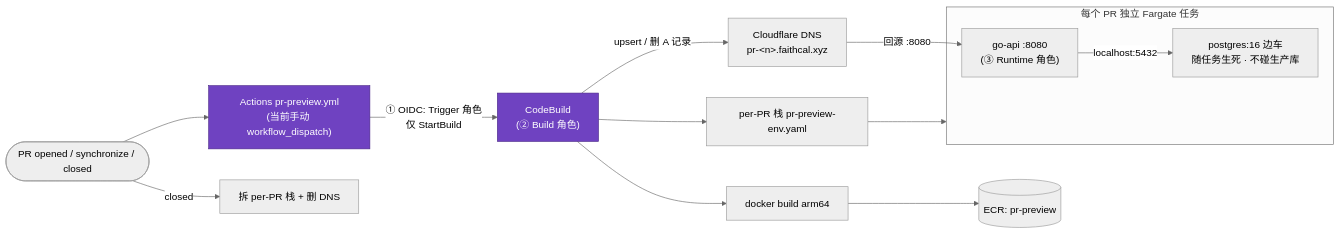
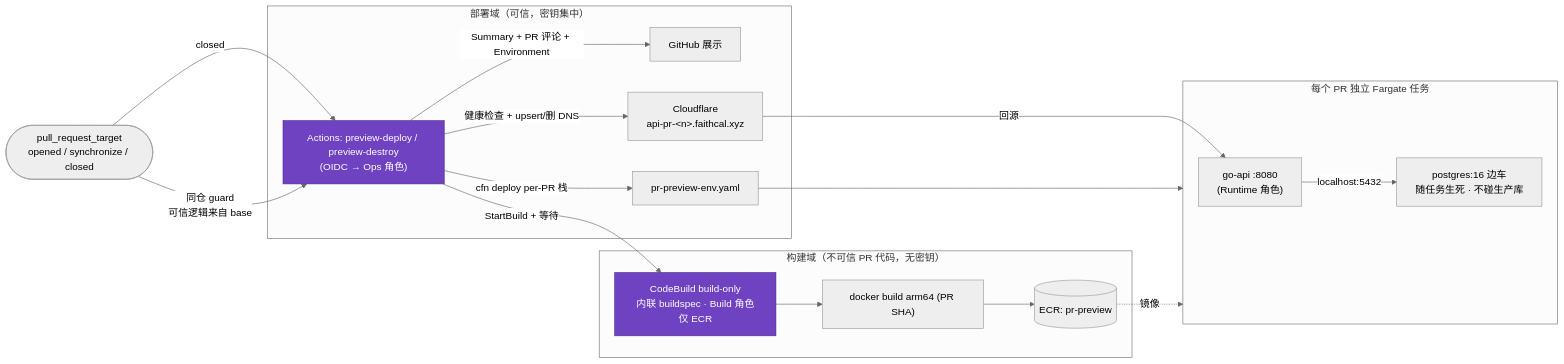
Before and after one commit to PrettyKing/github-repositories-fllow: the sixth of 8 diagrams in docs/架构图.md, drawn with Mermaid (neutral theme). The commit also changed other lines of this file and 7 other files, not shown here.

````diff
--- a/docs/架构图.md
+++ b/docs/架构图.md
@@ -197,22 +197,29 @@
 ```mermaid
 graph LR
-    PR(["PR opened / synchronize / closed"])
-    PR --> WF["Actions pr-preview.yml<br/>(当前手动 workflow_dispatch)"]
-    WF -->|"① OIDC: Trigger 角色<br/>仅 StartBuild"| CB["CodeBuild<br/>(② Build 角色)"]
+    PR(["pull_request_target<br/>opened / synchronize / closed"])
+    PR -->|"同仓 guard<br/>可信逻辑来自 base"| WF["Actions: preview-deploy / preview-destroy<br/>(OIDC → Ops 角色)"]
 
-    CB --> Img["docker build arm64"]
-    Img --> ECR2[("ECR: pr-preview")]
-    CB --> Stack["per-PR 栈 pr-preview-env.yaml"]
+    subgraph BUILD["构建域（不可信 PR 代码，无密钥）"]
+        CB["CodeBuild build-only<br/>内联 buildspec · Build 角色仅 ECR"]
+        CB --> Img["docker build arm64 (PR SHA)"]
+        Img --> ECR2[("ECR: pr-preview")]
+    end
+    subgraph DEPLOY["部署域（可信，密钥集中）"]
+        WF -->|StartBuild + 等待| CB
+        WF -->|"cfn deploy per-PR 栈"| Stack["pr-preview-env.yaml"]
+        WF -->|"健康检查 + upsert/删 DNS"| CFD["Cloudflare<br/>api-pr-&lt;n&gt;.faithcal.xyz"]
+        WF -->|"Summary + PR 评论 + Environment"| GH["GitHub 展示"]
+    end
     subgraph ENV["每个 PR 独立 Fargate 任务"]
-        GoP["go-api :8080<br/>(③ Runtime 角色)"]
+        GoP["go-api :8080<br/>(Runtime 角色)"]
         PG["postgres:16 边车<br/>随任务生死 · 不碰生产库"]
         GoP -->|localhost:5432| PG
     end
+    ECR2 -.镜像.-> ENV
     Stack --> ENV
-    CB -->|"upsert / 删 A 记录"| CFD["Cloudflare DNS<br/>pr-&lt;n&gt;.faithcal.xyz"]
-    CFD -->|回源 :8080| GoP
-    PR -->|closed| Clean["拆 per-PR 栈 + 删 DNS"]
+    CFD -->|回源| GoP
+    PR -->|closed| WF
 
     classDef role fill:#6f42c1,stroke:#4c2889,color:#fff
     class WF,CB role
 ```
````
